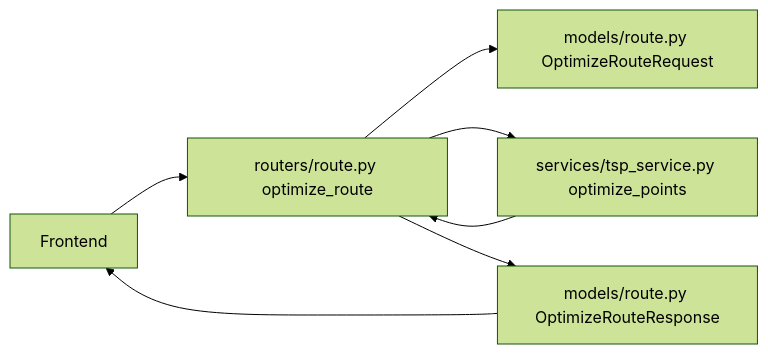
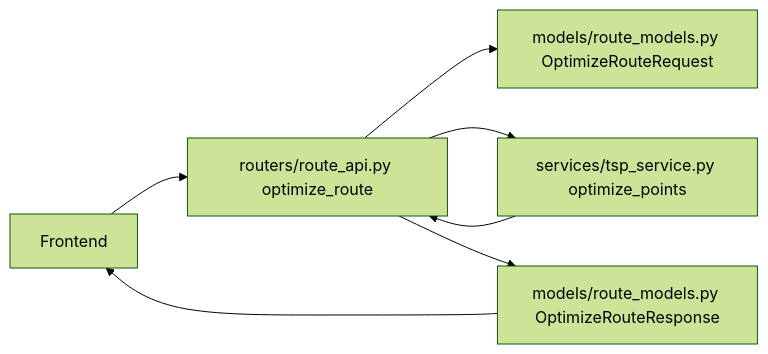
Before and after one commit to Duy-Nguyen-2006/Project1-Road-Finder: the fifth of 10 diagrams in backend/Backend-Structure.md, drawn with Mermaid (forest theme). The commit also changed other lines of this file and 20 other files, not shown here.

````diff
--- a/backend/Backend-Structure.md
+++ b/backend/Backend-Structure.md
@@ -175,9 +175,9 @@
 ```mermaid
 flowchart LR
-    FE[Frontend] --> API[routers/route.py optimize_route]
-    API --> REQ[models/route.py OptimizeRouteRequest]
+    FE[Frontend] --> API[routers/route_api.py optimize_route]
+    API --> REQ[models/route_models.py OptimizeRouteRequest]
     API --> SERVICE[services/tsp_service.py optimize_points]
     SERVICE --> API
-    API --> RES[models/route.py OptimizeRouteResponse]
+    API --> RES[models/route_models.py OptimizeRouteResponse]
     RES --> FE
 ```
````
